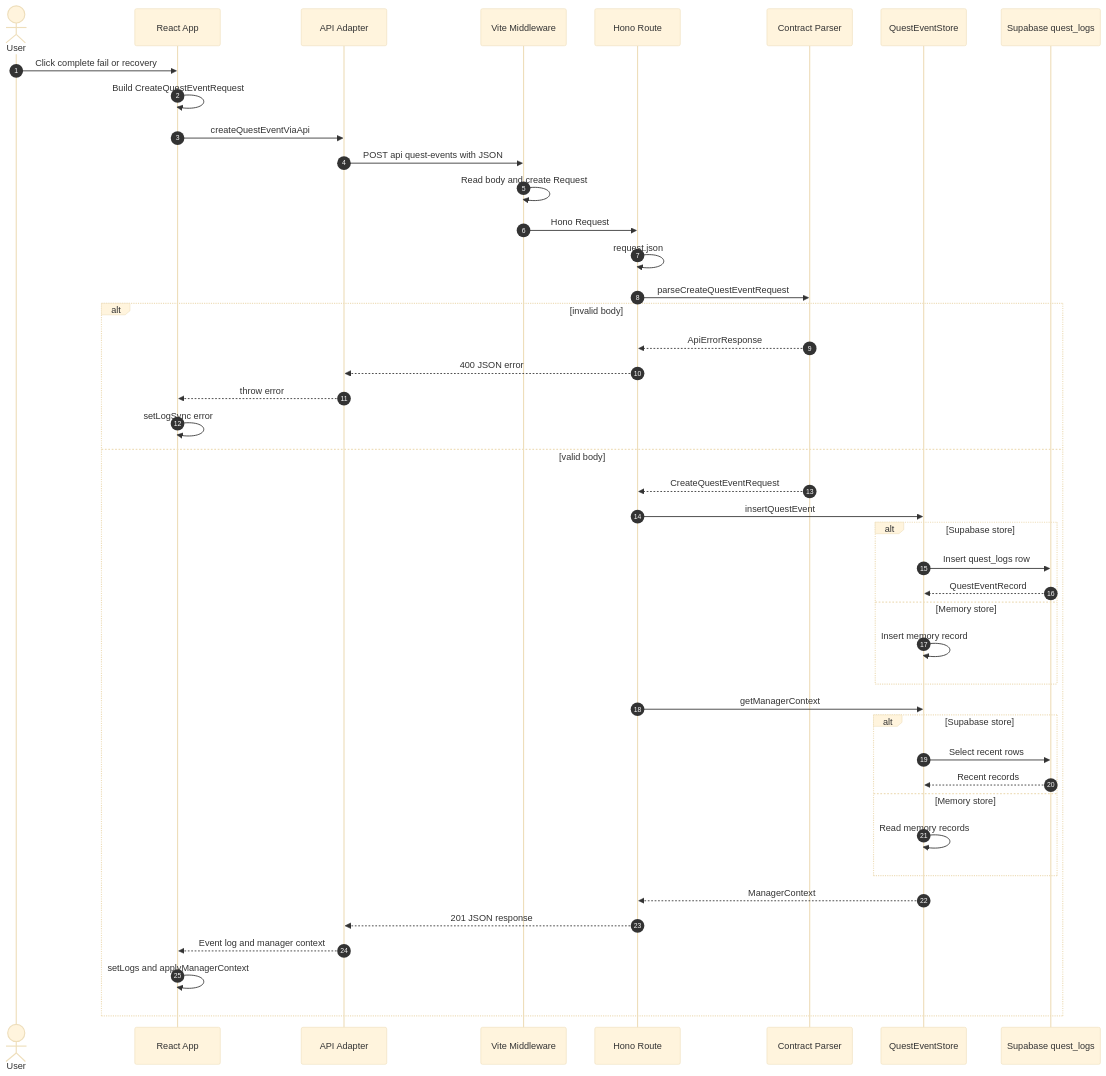
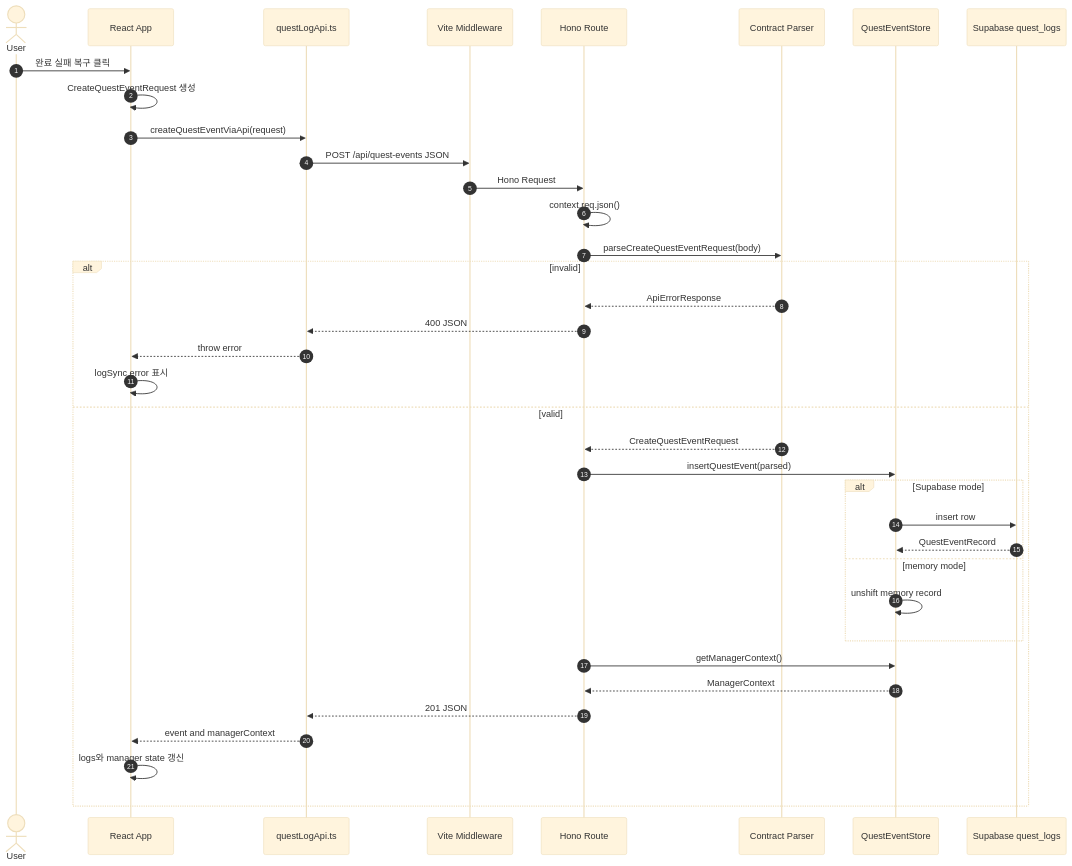
Before and after one commit to Mureung1/hub-showcase: the second of 5 diagrams in docs/architecture-data-flow.md, drawn with Mermaid (base theme). The commit also changed other lines of this file and 15 other files, not shown here.

````diff
--- a/docs/architecture-data-flow.md
+++ b/docs/architecture-data-flow.md
@@ -81,47 +109,40 @@
 ```mermaid
 sequenceDiagram
   autonumber
   actor User
   participant App as React App
-  participant Api as API Adapter
+  participant Api as questLogApi.ts
   participant Vite as Vite Middleware
   participant Route as Hono Route
-  participant Contract as Contract Parser
+  participant Parser as Contract Parser
   participant Store as QuestEventStore
   participant DB as Supabase quest_logs
 
-  User->>App: Click complete fail or recovery
-  App->>App: Build CreateQuestEventRequest
-  App->>Api: createQuestEventViaApi
-  Api->>Vite: POST api quest-events with JSON
-  Vite->>Vite: Read body and create Request
+  User->>App: 완료 실패 복구 클릭
+  App->>App: CreateQuestEventRequest 생성
+  App->>Api: createQuestEventViaApi(request)
+  Api->>Vite: POST /api/quest-events JSON
   Vite->>Route: Hono Request
-  Route->>Route: request.json
-  Route->>Contract: parseCreateQuestEventRequest
-  alt invalid body
-    Contract-->>Route: ApiErrorResponse
-    Route-->>Api: 400 JSON error
+  Route->>Route: context.req.json()
+  Route->>Parser: parseCreateQuestEventRequest(body)
+  alt invalid
+    Parser-->>Route: ApiErrorResponse
+    Route-->>Api: 400 JSON
     Api-->>App: throw error
-    App->>App: setLogSync error
-  else valid body
-    Contract-->>Route: CreateQuestEventRequest
-    Route->>Store: insertQuestEvent
-    alt Supabase store
-      Store->>DB: Insert quest_logs row
+    App->>App: logSync error 표시
+  else valid
+    Parser-->>Route: CreateQuestEventRequest
+    Route->>Store: insertQuestEvent(parsed)
+    alt Supabase mode
+      Store->>DB: insert row
       DB-->>Store: QuestEventRecord
-    else Memory store
-      Store->>Store: Insert memory record
+    else memory mode
+      Store->>Store: unshift memory record
     end
-    Route->>Store: getManagerContext
-    alt Supabase store
-      Store->>DB: Select recent rows
-      DB-->>Store: Recent records
-    else Memory store
-      Store->>Store: Read memory records
-    end
+    Route->>Store: getManagerContext()
     Store-->>Route: ManagerContext
-    Route-->>Api: 201 JSON response
-    Api-->>App: Event log and manager context
-    App->>App: setLogs and applyManagerContext
+    Route-->>Api: 201 JSON
+    Api-->>App: event and managerContext
+    App->>App: logs와 manager state 갱신
   end
 ```
````
